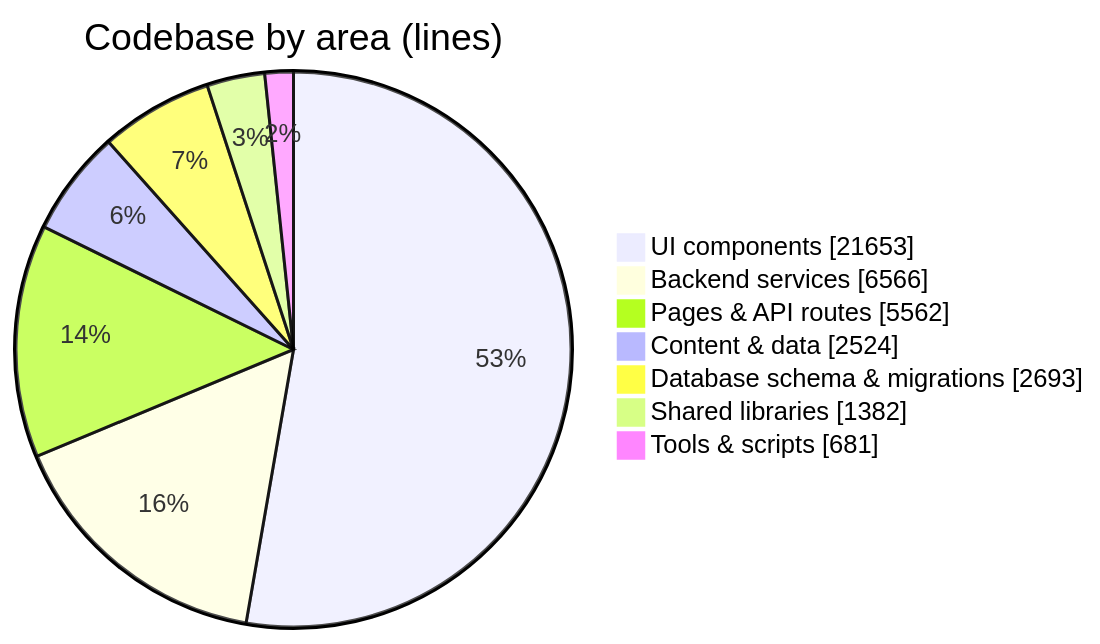
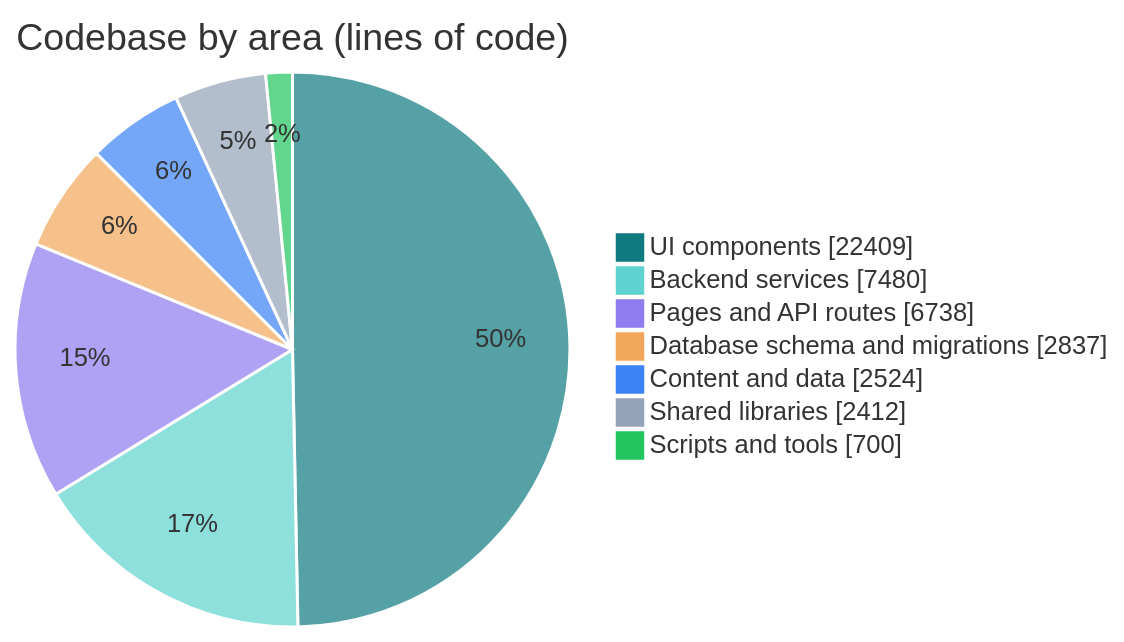
Diagram 11 of 11 in README.md (arshdeepsingh11/Neyu-AI), drawn with Mermaid before and after one commit. The commit also changed other lines of this file and 2 other files, not shown here.

Commit message:
Rewrite README as product documentation with charts

````diff
--- a/README.md
+++ b/README.md
@@ -165,11 +386,12 @@
 ```mermaid
+%%{init: {"theme": "base", "themeVariables": {"pie1": "#0F7A80", "pie2": "#5FD3CF", "pie3": "#8E7CF0", "pie4": "#F2A65A", "pie5": "#3B82F6", "pie6": "#94A3B8", "pie7": "#22C55E", "pieStrokeColor": "#ffffff", "pieOuterStrokeWidth": "0px"}}}%%
 pie showData
-  title Codebase by area (lines)
-  "UI components" : 21653
-  "Backend services" : 6566
-  "Pages & API routes" : 5562
-  "Content & data" : 2524
-  "Database schema & migrations" : 2693
-  "Shared libraries" : 1382
-  "Tools & scripts" : 681
+  title Codebase by area (lines of code)
+  "UI components" : 22409
+  "Backend services" : 7480
+  "Pages and API routes" : 6738
+  "Database schema and migrations" : 2837
+  "Content and data" : 2524
+  "Shared libraries" : 2412
+  "Scripts and tools" : 700
 ```
````
